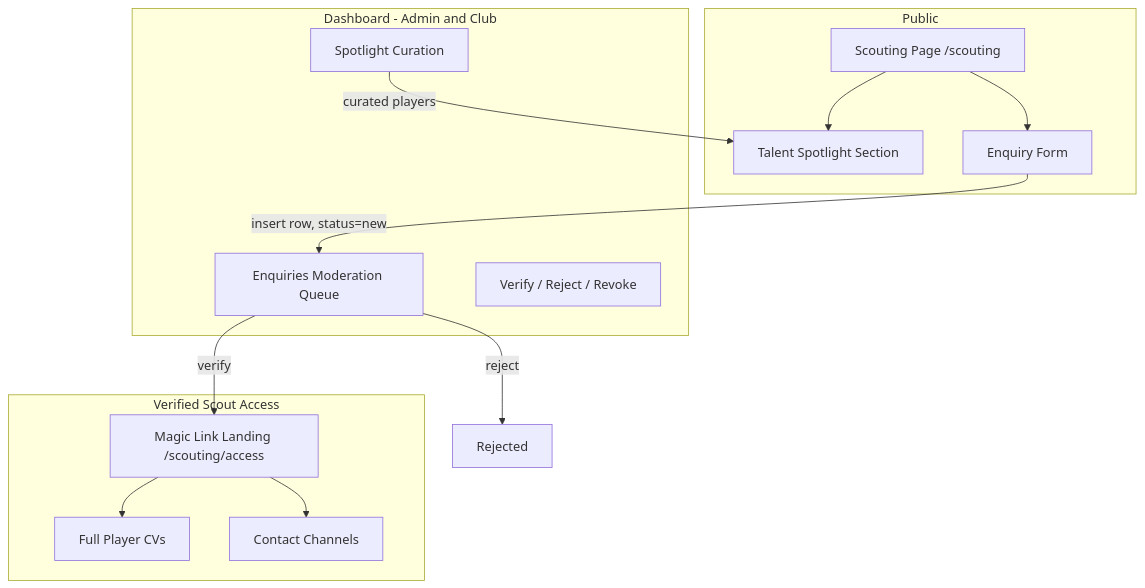
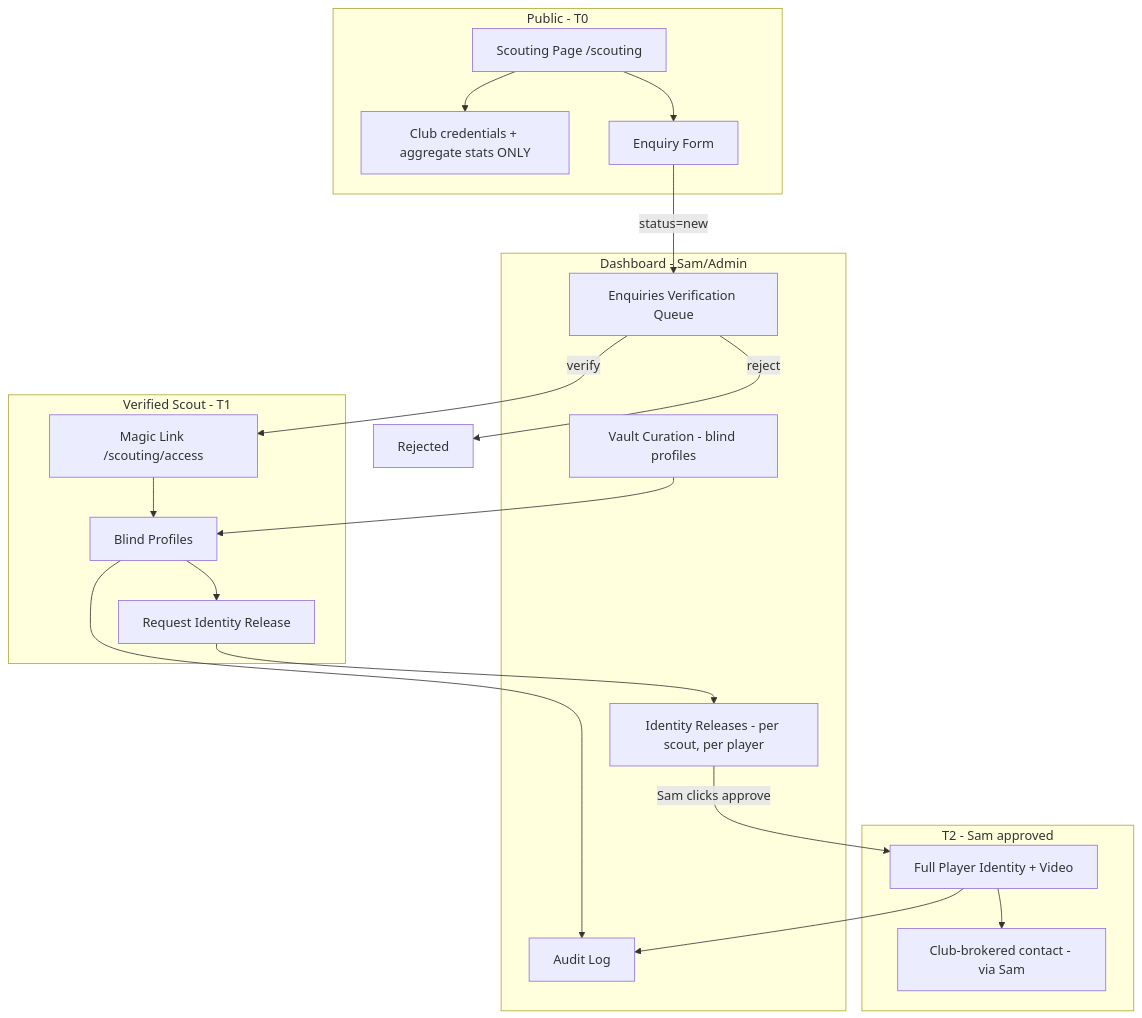
Before and after one commit to CryptoSI-DAO/Tema_royals: the diagram in plans/international-scout-portal.md, drawn with Mermaid. The commit also changed other lines of this file, not shown here.

Commit message:
Plan v2: trust-first vault — blind profiles, tiered identity release, club-brokered contact (addresses Sam's privacy concerns)

````diff
--- a/plans/international-scout-portal.md
+++ b/plans/international-scout-portal.md
@@ -34,29 +58,38 @@
 ```mermaid
 flowchart TB
-    subgraph Public
+    subgraph Public - T0
         SP[Scouting Page /scouting]
-        TS[Talent Spotlight Section]
+        CRED[Club credentials + aggregate stats ONLY]
         EF[Enquiry Form]
     end
 
-    subgraph Dashboard - Admin and Club
-        MQ[Enquiries Moderation Queue]
-        SC[Spotlight Curation]
-        VT[Verify / Reject / Revoke]
+    subgraph Dashboard - Sam/Admin
+        MQ[Enquiries Verification Queue]
+        VC[Vault Curation - blind profiles]
+        IR[Identity Releases - per scout, per player]
+        AL[Audit Log]
     end
 
-    subgraph Verified Scout Access
-        ML[Magic Link Landing /scouting/access]
-        CV[Full Player CVs]
-        CC[Contact Channels]
+    subgraph Verified Scout - T1
+        ML[Magic Link /scouting/access]
+        BP[Blind Profiles]
+        BR[Request Identity Release]
     end
 
-    SP --> TS
+    subgraph T2 - Sam approved
+        ID[Full Player Identity + Video]
+        CB[Club-brokered contact - via Sam]
+    end
+
+    SP --> CRED
     SP --> EF
-    EF -->|insert row, status=new| MQ
+    EF -->|status=new| MQ
     MQ -->|verify| ML
     MQ -->|reject| X[Rejected]
-    SC -->|curated players| TS
-    ML --> CV
-    ML --> CC
+    VC --> BP
+    ML --> BP
+    BP --> BR --> IR
+    IR -->|Sam clicks approve| ID --> CB
+    BP --> AL
+    ID --> AL
 ```
````
